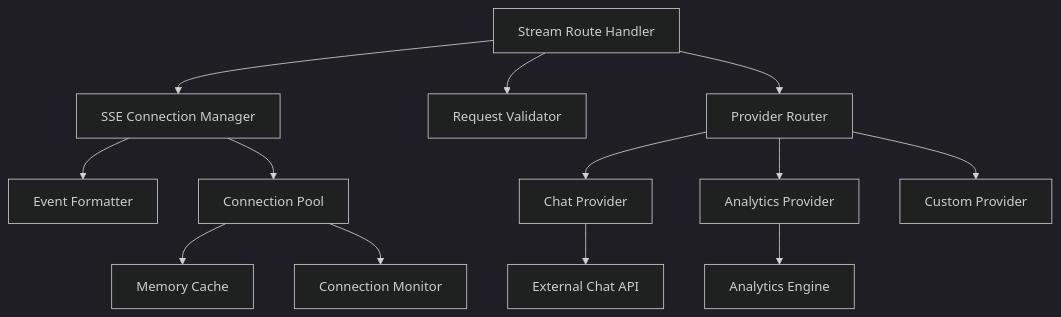
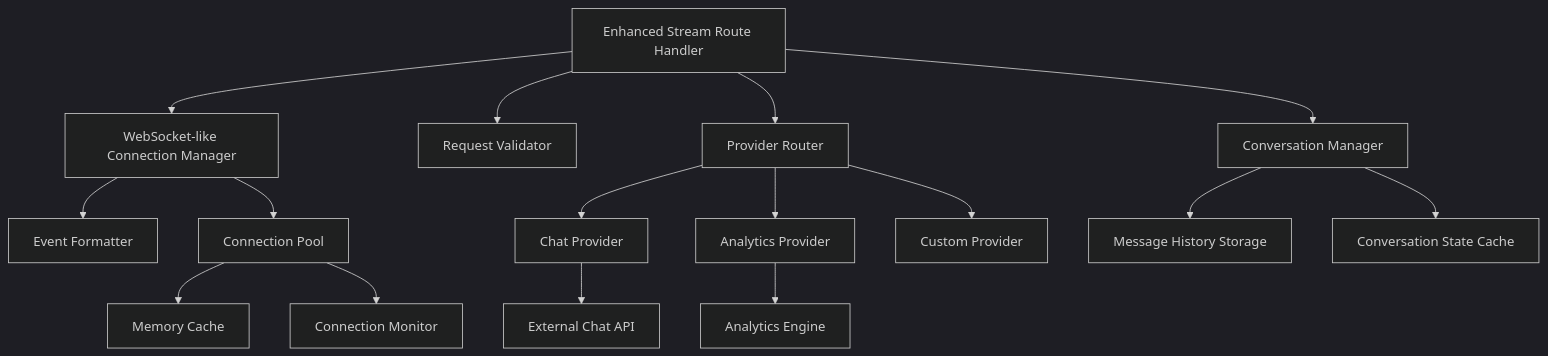
Before and after one commit to HassanAmeer/cheaprouter: the fifth of 5 diagrams in .qoder/repowiki/en/content/API Reference/Streaming API.md, drawn with Mermaid (dark theme). The commit also changed other lines of this file and 54 other files, not shown here.

````diff
--- a/.qoder/repowiki/en/content/API Reference/Streaming API.md
+++ b/.qoder/repowiki/en/content/API Reference/Streaming API.md
@@ -235,15 +278,18 @@
 ```mermaid
 graph TD
-A["Stream Route Handler"] --> B["SSE Connection Manager"]
+A["Enhanced Stream Route Handler"] --> B["WebSocket-like Connection Manager"]
 A --> C["Request Validator"]
 A --> D["Provider Router"]
-B --> E["Event Formatter"]
-B --> F["Connection Pool"]
-D --> G["Chat Provider"]
-D --> H["Analytics Provider"]
-D --> I["Custom Provider"]
-G --> J["External Chat API"]
-H --> K["Analytics Engine"]
-F --> L["Memory Cache"]
-F --> M["Connection Monitor"]
+A --> E["Conversation Manager"]
+B --> F["Event Formatter"]
+B --> G["Connection Pool"]
+D --> H["Chat Provider"]
+D --> I["Analytics Provider"]
+D --> J["Custom Provider"]
+H --> K["External Chat API"]
+I --> L["Analytics Engine"]
+E --> M["Message History Storage"]
+E --> N["Conversation State Cache"]
+G --> O["Memory Cache"]
+G --> P["Connection Monitor"]
 ```
````
